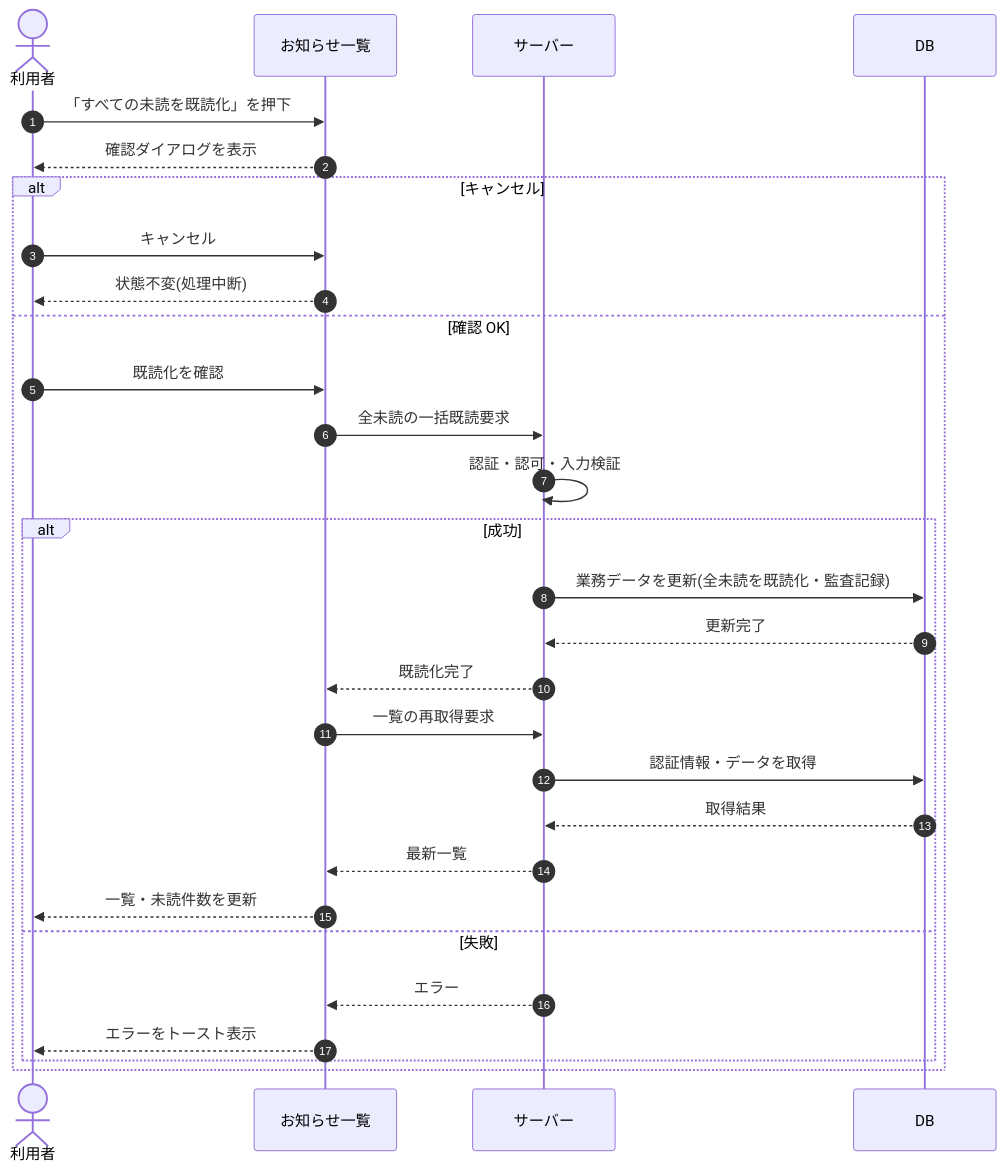
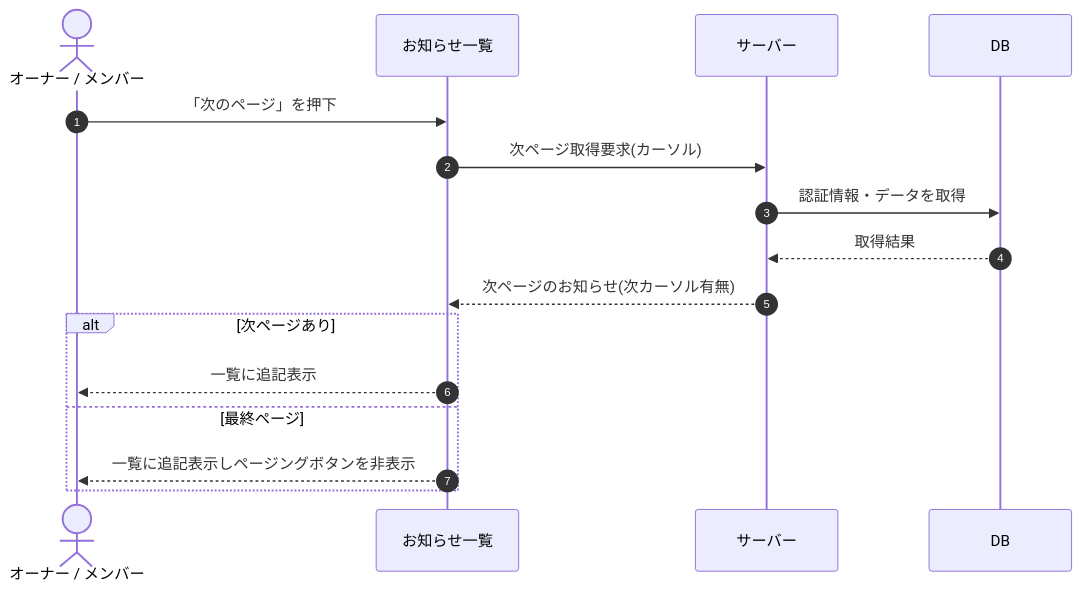
One commit to sikakou54/open-faq changed the diagram in 02_basic_design/03_sequences/SEQ-061.md. Above: the diagram before and after it, drawn with Mermaid. The commit also changed other lines of this file and 395 other files, not shown here.

````diff
--- a/02_basic_design/03_sequences/SEQ-061.md
+++ b/02_basic_design/03_sequences/SEQ-061.md
@@ -25,31 +25,18 @@
 ```mermaid
 sequenceDiagram
   autonumber
-  actor U as 利用者
+  actor U as オーナー / メンバー
   participant Screen as お知らせ一覧
   participant Server as サーバー
   participant DB as DB
-  U->>Screen: 「すべての未読を既読化」を押下
-  Screen-->>U: 確認ダイアログを表示
-  alt キャンセル
-    U->>Screen: キャンセル
-    Screen-->>U: 状態不変(処理中断)
-  else 確認 OK
-    U->>Screen: 既読化を確認
-    Screen->>Server: 全未読の一括既読要求
-    Server->>Server: 認証・認可・入力検証
-    alt 成功
-      Server->>DB: 業務データを更新(全未読を既読化・監査記録)
-      DB-->>Server: 更新完了
-      Server-->>Screen: 既読化完了
-      Screen->>Server: 一覧の再取得要求
-      Server->>DB: 認証情報・データを取得
-      DB-->>Server: 取得結果
-      Server-->>Screen: 最新一覧
-      Screen-->>U: 一覧・未読件数を更新
-    else 失敗
-      Server-->>Screen: エラー
-      Screen-->>U: エラーをトースト表示
-    end
+  U->>Screen: 「次のページ」を押下
+  Screen->>Server: 次ページ取得要求(カーソル)
+  Server->>DB: 認証情報・データを取得
+  DB-->>Server: 取得結果
+  Server-->>Screen: 次ページのお知らせ(次カーソル有無)
+  alt 次ページあり
+    Screen-->>U: 一覧に追記表示
+  else 最終ページ
+    Screen-->>U: 一覧に追記表示しページングボタンを非表示
   end
 ```
````
